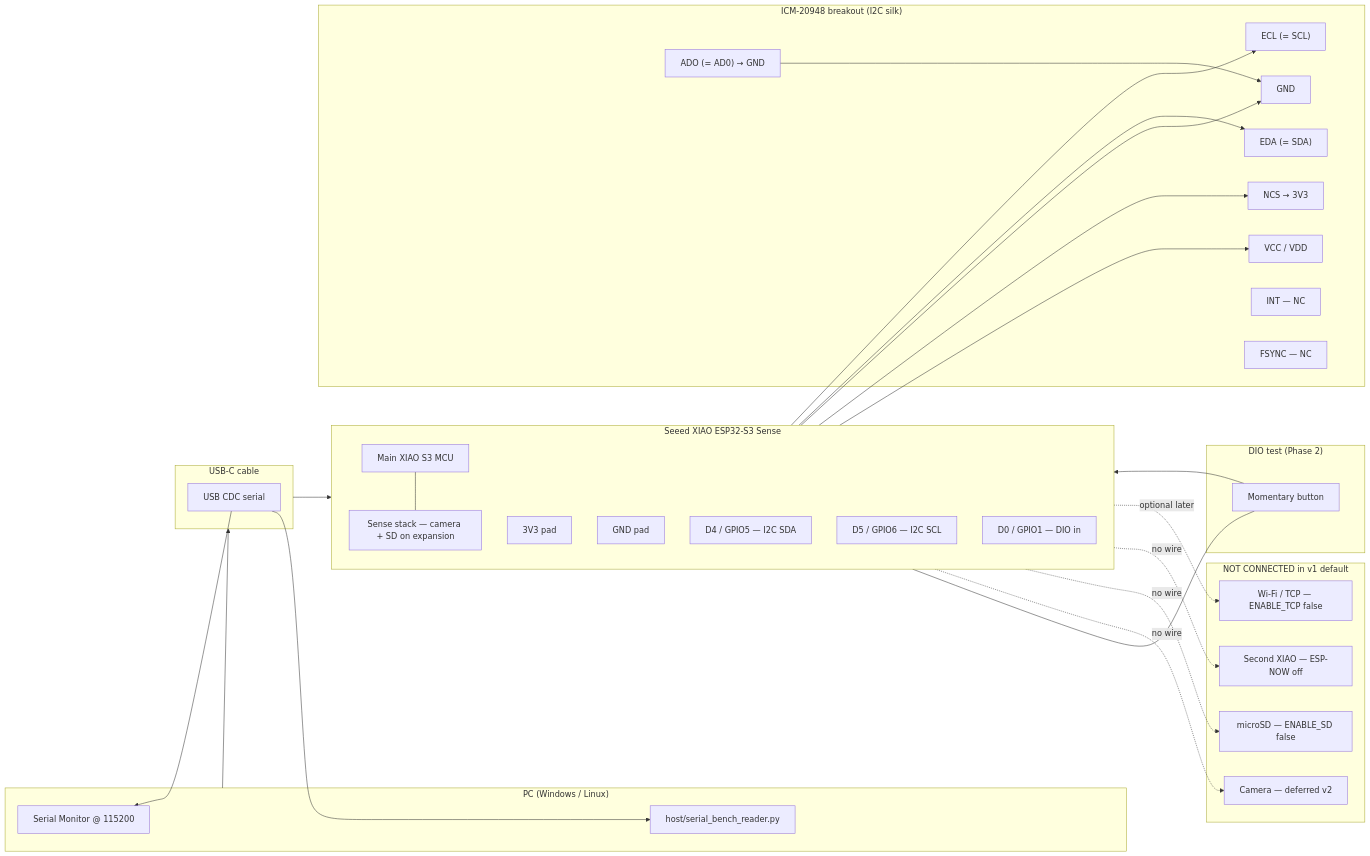
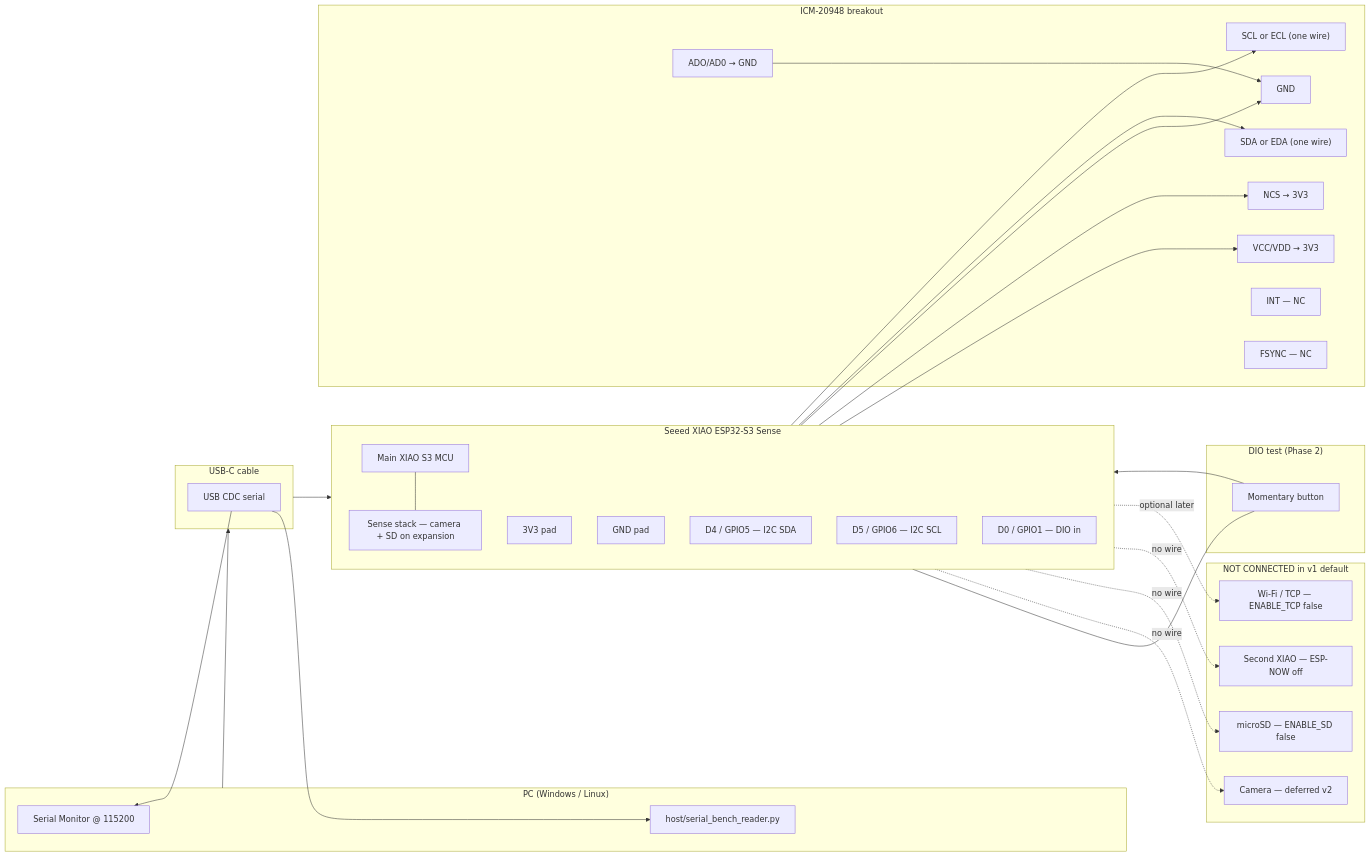
Before and after one commit to Minkeejung0415/ESP32-S3: the diagram in docs/wiring-diagram.md, drawn with Mermaid. The commit also changed other lines of this file and 3 other files, not shown here.

First line of the commit message:
Document ICM dual-silk wiring and Open Ephys plugin paths

````diff
--- a/docs/wiring-diagram.md
+++ b/docs/wiring-diagram.md
@@ -20,63 +20,63 @@
 ```mermaid
 flowchart LR
   subgraph PC["PC (Windows / Linux)"]
     SM["Serial Monitor @ 115200"]
     PY["host/serial_bench_reader.py"]
   end
 
   subgraph USB["USB-C cable"]
     CDC["USB CDC serial"]
   end
 
   subgraph XIAO["Seeed XIAO ESP32-S3 Sense"]
     direction TB
     MAIN["Main XIAO S3 MCU"]
     SENSE["Sense stack — camera + SD on expansion"]
     MAIN --- SENSE
     P3V3["3V3 pad"]
     PGND["GND pad"]
     PD4["D4 / GPIO5 — I2C SDA"]
     PD5["D5 / GPIO6 — I2C SCL"]
     PD0["D0 / GPIO1 — DIO in"]
   end
 
-  subgraph ICM["ICM-20948 breakout (I2C silk)"]
-    IVCC["VCC / VDD"]
+  subgraph ICM["ICM-20948 breakout"]
+    IVCC["VCC/VDD → 3V3"]
     IGND["GND"]
-    IEDA["EDA (= SDA)"]
-    IECL["ECL (= SCL)"]
-    IADO["ADO (= AD0) → GND"]
+    ISDA["SDA or EDA (one wire)"]
+    ISCL["SCL or ECL (one wire)"]
+    IADO["ADO/AD0 → GND"]
     INCS["NCS → 3V3"]
     IINT["INT — NC"]
     IFSYNC["FSYNC — NC"]
   end
 
   subgraph DIO["DIO test (Phase 2)"]
     BTN["Momentary button"]
   end
 
   subgraph NC["NOT CONNECTED in v1 default"]
     CAM["Camera — deferred v2"]
     SD["microSD — ENABLE_SD false"]
     ESP2["Second XIAO — ESP-NOW off"]
     WIFI["Wi-Fi / TCP — ENABLE_TCP false"]
   end
 
   PC --> USB
   USB --> MAIN
   P3V3 --> IVCC
   P3V3 --> INCS
   PGND --> IGND
-  PD4 --> IEDA
-  PD5 --> IECL
+  PD4 --> ISDA
+  PD5 --> ISCL
   IADO --> IGND
   PD0 --- BTN
   BTN --> PGND
   SENSE -.->|"no wire"| CAM
   SENSE -.->|"no wire"| SD
   MAIN -.->|"no wire"| ESP2
   MAIN -.->|"optional later"| WIFI
 
   CDC --> SM
   CDC --> PY
 ```
````
